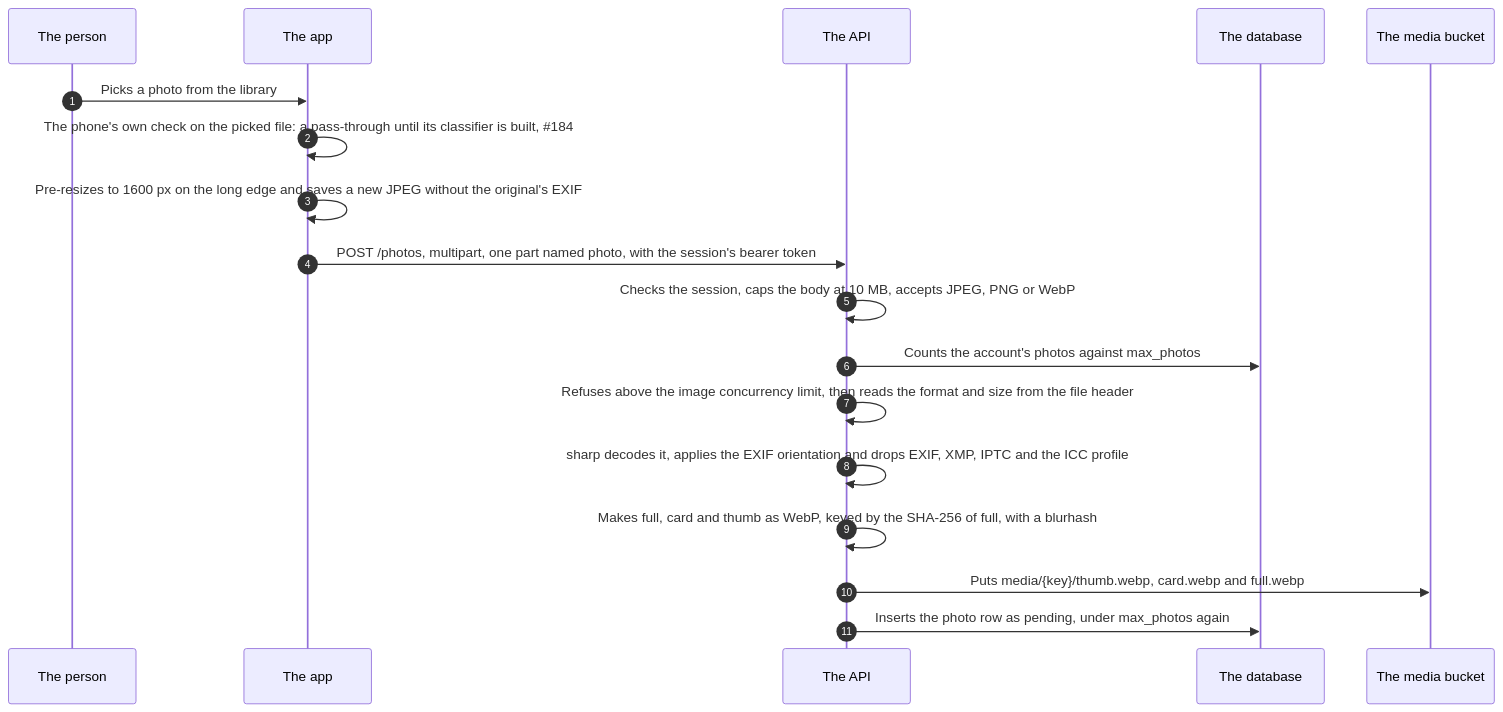
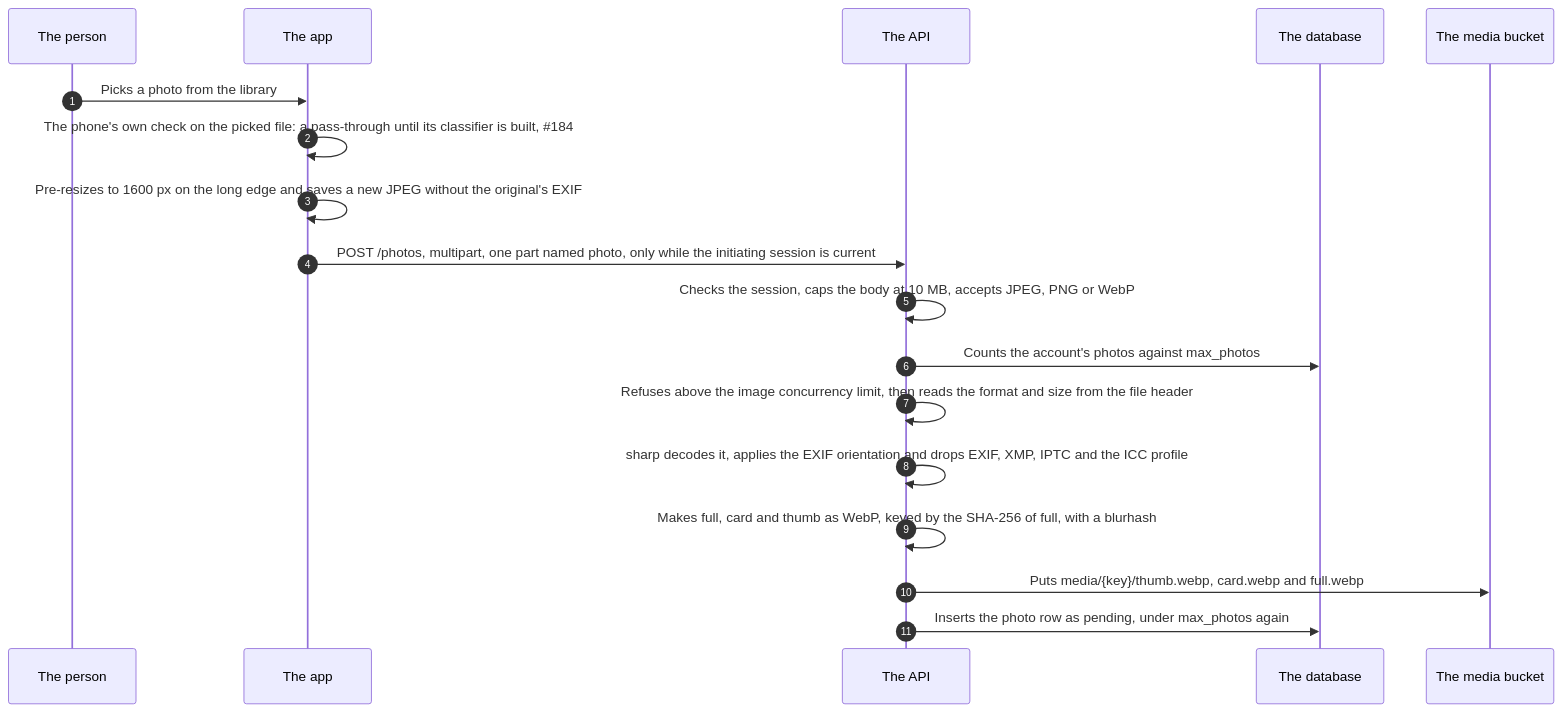
The first of 3 diagrams in docs/architecture/sequence-upload.md (kuutti-ry/kuutti-app), drawn with Mermaid before and after one commit. The commit also changed other lines of this file and 44 other files, not shown here.

````diff
--- a/docs/architecture/sequence-upload.md
+++ b/docs/architecture/sequence-upload.md
@@ -25,22 +25,22 @@
 ```mermaid
 sequenceDiagram
   accTitle: The photo upload, part 1: from the phone to the bucket
   accDescr: The person picks a photo. The app runs the phone's own check, which passes everything until its classifier is built, pre-resizes the picture and posts it to the API, never to the bucket. The API checks the session, the size and the type, counts the photos, reads the header, decodes with sharp, drops the metadata and makes three WebP variants. It puts the three objects in the media bucket and inserts the photo as pending. Nothing of the original is kept.
   autonumber
   participant person as The person
   participant app as The app
   participant api as The API
   participant db as The database
   participant s3 as The media bucket
   person->>app: Picks a photo from the library
   app->>app: The phone's own check on the picked file: a pass-through until its classifier is built, #35;184
   app->>app: Pre-resizes to 1600 px on the long edge and saves a new JPEG without the original's EXIF
-  app->>api: POST /photos, multipart, one part named photo, with the session's bearer token
+  app->>api: POST /photos, multipart, one part named photo, only while the initiating session is current
   api->>api: Checks the session, caps the body at 10 MB, accepts JPEG, PNG or WebP
   api->>db: Counts the account's photos against max_photos
   api->>api: Refuses above the image concurrency limit, then reads the format and size from the file header
   api->>api: sharp decodes it, applies the EXIF orientation and drops EXIF, XMP, IPTC and the ICC profile
   api->>api: Makes full, card and thumb as WebP, keyed by the SHA-256 of full, with a blurhash
   api->>s3: Puts media/{key}/thumb.webp, card.webp and full.webp
   api->>db: Inserts the photo row as pending, under max_photos again
 ```
````
